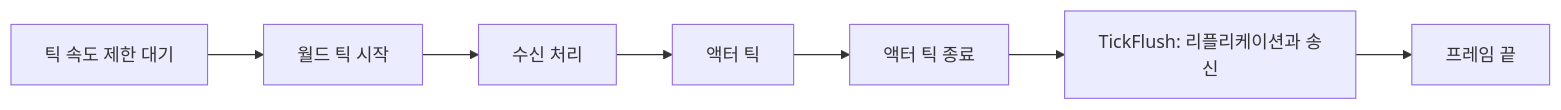
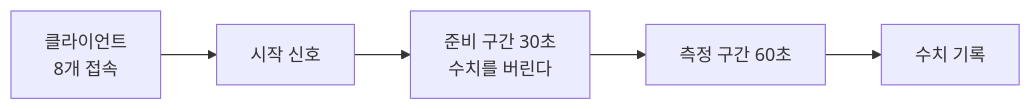
Before and after one commit to hon454/ue-dedicated-server-optimization-lab: the diagram in Posts/00-testbed/README.md, drawn with Mermaid. The commit also changed other lines of this file and 9 other files, not shown here.

````diff
--- a/Posts/00-testbed/README.md
+++ b/Posts/00-testbed/README.md
@@ -150,9 +54,7 @@
 ```mermaid
 flowchart LR
-    A[틱 속도 제한 대기] --> B[월드 틱 시작]
-    B --> C[수신 처리]
-    C --> D[액터 틱]
-    D --> E[액터 틱 종료]
-    E --> F[TickFlush: 리플리케이션과 송신]
-    F --> G[프레임 끝]
+    A["클라이언트<br/>8개 접속"] --> B["시작 신호"]
+    B --> C["준비 구간 30초<br/>수치를 버린다"]
+    C --> D["측정 구간 60초"]
+    D --> E["수치 기록"]
 ```
````
